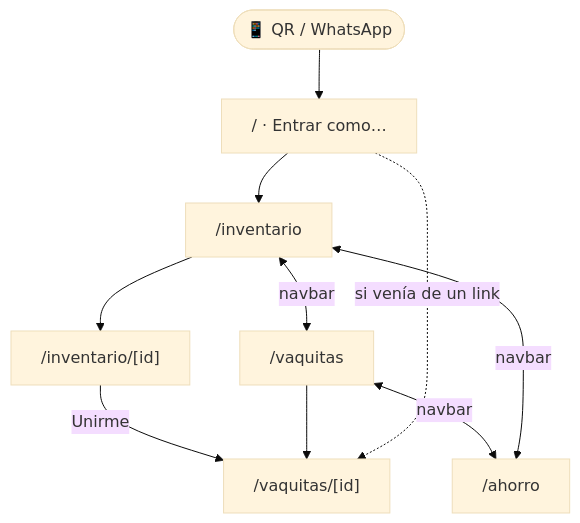
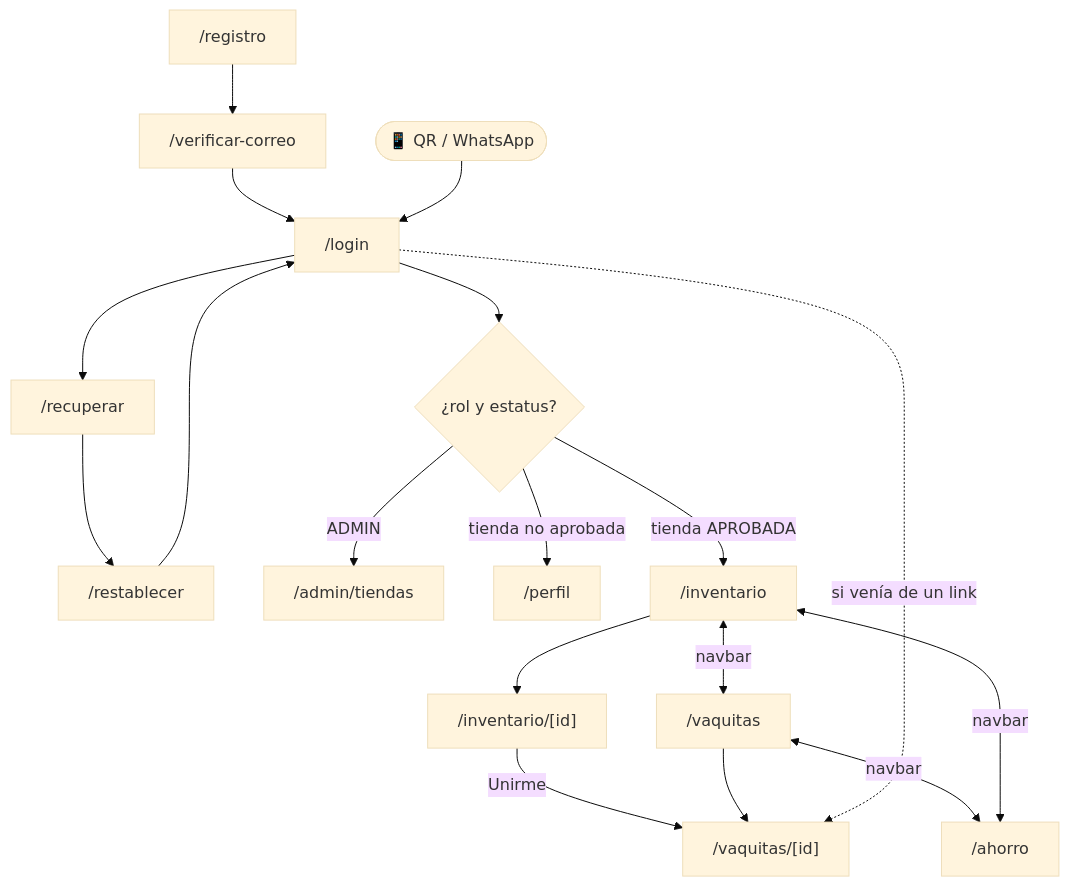
Before and after one commit to AlcortDev/Reyes-3---HackaPony: diagram 13 of 13 in docs/SRS.md, drawn with Mermaid (base theme). The commit also changed other lines of this file and 3 other files, not shown here.

````diff
--- a/docs/SRS.md
+++ b/docs/SRS.md
@@ -830,12 +1173,18 @@
 ```mermaid
 flowchart TB
-    S["/ · Entrar como…"] --> I["/inventario"]
+    L["/login"] --> D{"¿rol y estatus?"}
+    R["/registro"] --> VC["/verificar-correo"]
+    VC --> L
+    L --> REC["/recuperar"] --> RES["/restablecer"] --> L
+    D -->|"ADMIN"| ADM["/admin/tiendas"]
+    D -->|"tienda no aprobada"| P["/perfil"]
+    D -->|"tienda APROBADA"| I["/inventario"]
     I --> ID["/inventario/[id]"]
     ID -->|"Unirme"| VD["/vaquitas/[id]"]
     I <-->|"navbar"| V["/vaquitas"]
     V <-->|"navbar"| AH["/ahorro"]
     I <-->|"navbar"| AH
     V --> VD
-    QR(["📱 QR / WhatsApp"]) --> S
-    S -.->|"si venía de un link"| VD
+    QR(["📱 QR / WhatsApp"]) --> L
+    L -.->|"si venía de un link"| VD
 ```
````
